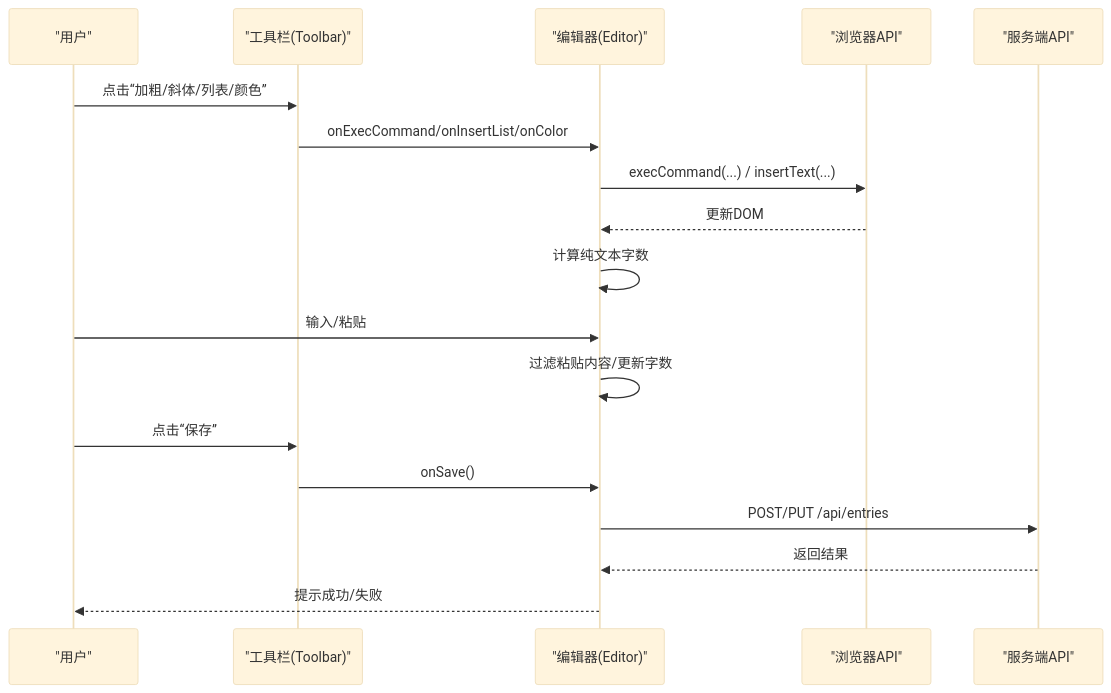
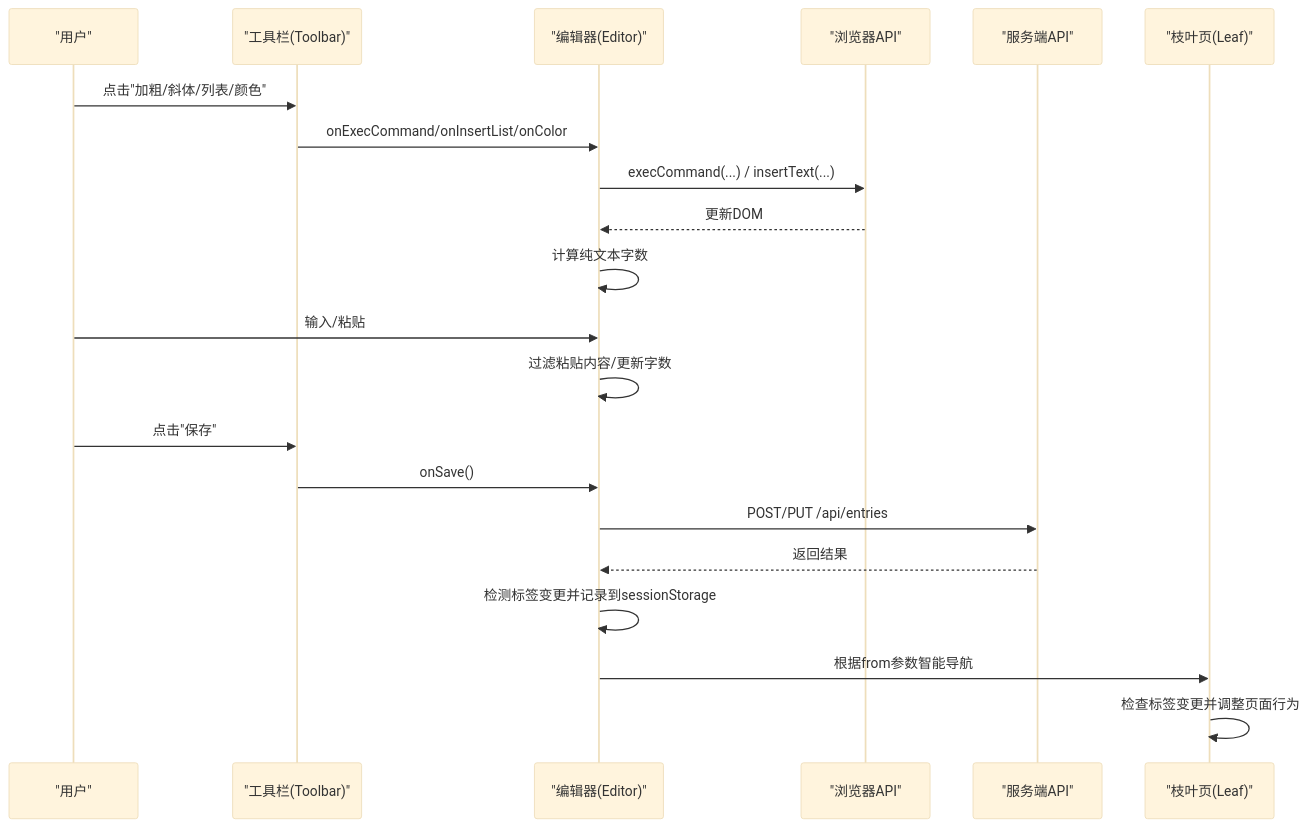
The second of 4 diagrams in .qoder/repowiki/zh/content/设计文档/富文本编辑器设计规范.md (kangkang919/xinya), drawn with Mermaid (base theme) before and after one commit. The commit also changed other lines of this file and 27 other files, not shown here.

````diff
--- a/.qoder/repowiki/zh/content/设计文档/富文本编辑器设计规范.md
+++ b/.qoder/repowiki/zh/content/设计文档/富文本编辑器设计规范.md
@@ -63,20 +83,23 @@
 ```mermaid
 sequenceDiagram
 participant U as "用户"
 participant T as "工具栏(Toolbar)"
 participant E as "编辑器(Editor)"
 participant N as "浏览器API"
 participant S as "服务端API"
-U->>T : 点击“加粗/斜体/列表/颜色”
+participant L as "枝叶页(Leaf)"
+U->>T : 点击"加粗/斜体/列表/颜色"
 T->>E : onExecCommand/onInsertList/onColor
 E->>N : execCommand(...) / insertText(...)
 N-->>E : 更新DOM
 E->>E : 计算纯文本字数
 U->>E : 输入/粘贴
 E->>E : 过滤粘贴内容/更新字数
-U->>T : 点击“保存”
+U->>T : 点击"保存"
 T->>E : onSave()
 E->>S : POST/PUT /api/entries
 S-->>E : 返回结果
-E-->>U : 提示成功/失败
+E->>E : 检测标签变更并记录到sessionStorage
+E->>L : 根据from参数智能导航
+L->>L : 检查标签变更并调整页面行为
 ```
````
